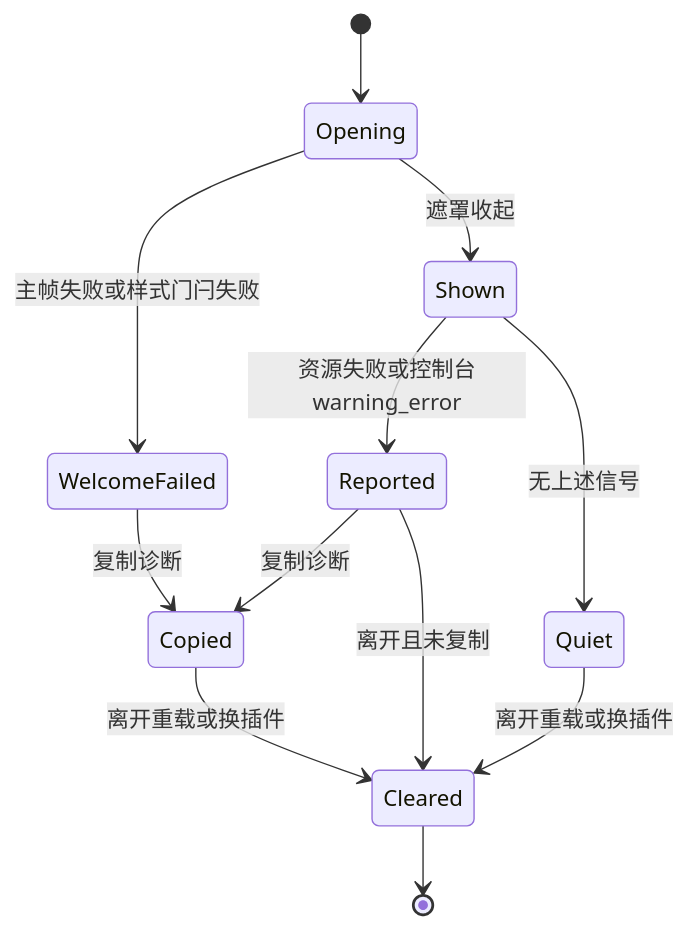
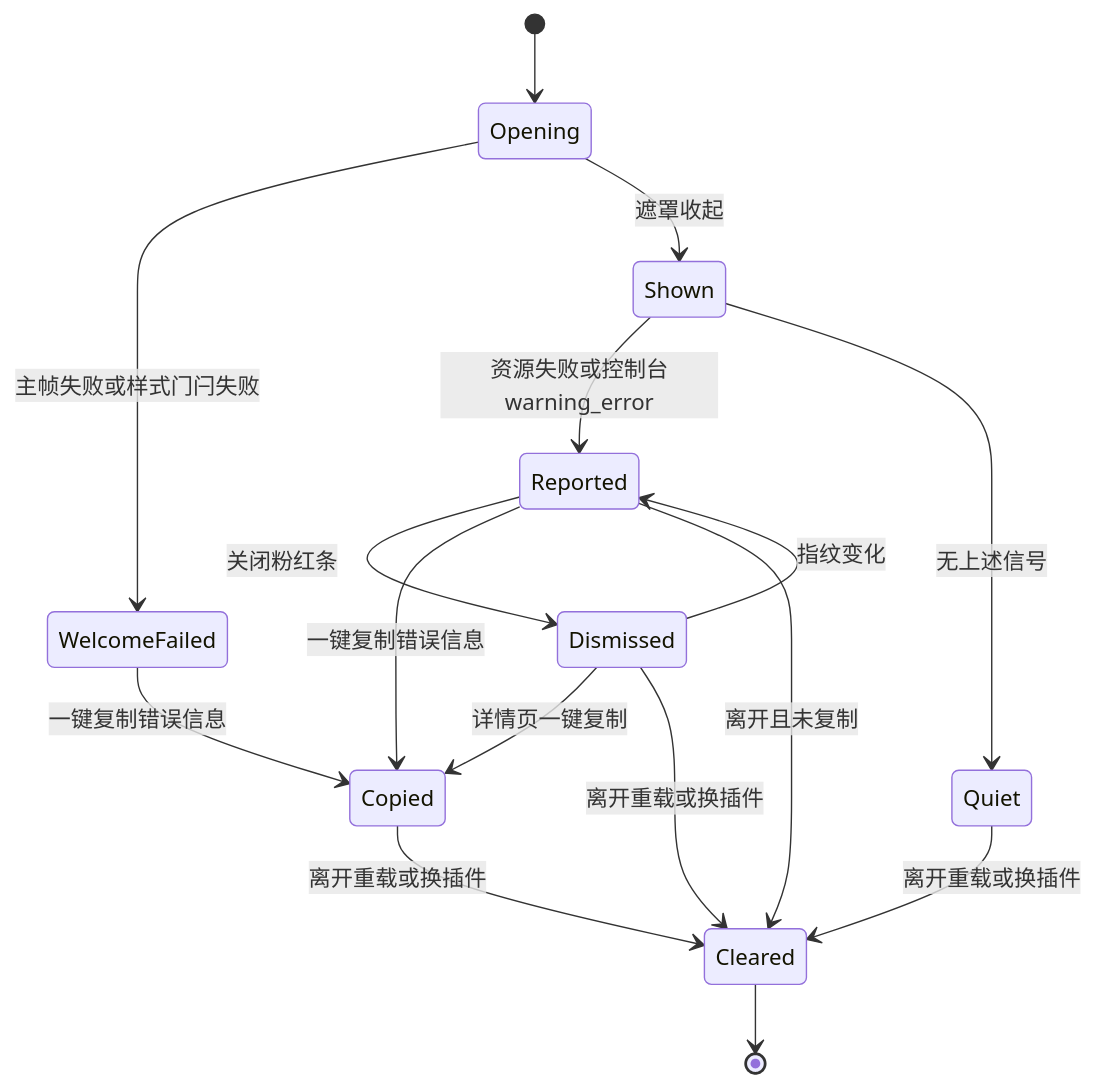
Before and after one commit to 0x00pluto/hy-evo-harness: the second of 2 diagrams in specs/prds/prd-00022-plugin-page-diagnostics.md, drawn with Mermaid. The commit also changed other lines of this file and 18 other files, not shown here.

````diff
--- a/specs/prds/prd-00022-plugin-page-diagnostics.md
+++ b/specs/prds/prd-00022-plugin-page-diagnostics.md
@@ -237,14 +248,18 @@
 ```mermaid
 stateDiagram-v2
   [*] --> Opening
   Opening --> WelcomeFailed: 主帧失败或样式门闩失败
   Opening --> Shown: 遮罩收起
   Shown --> Reported: 资源失败或控制台warning_error
   Shown --> Quiet: 无上述信号
-  Reported --> Copied: 复制诊断
-  WelcomeFailed --> Copied: 复制诊断
+  Reported --> Dismissed: 关闭粉红条
+  Dismissed --> Reported: 指纹变化
+  Reported --> Copied: 一键复制错误信息
+  Dismissed --> Copied: 详情页一键复制
+  WelcomeFailed --> Copied: 一键复制错误信息
   Copied --> Cleared: 离开重载或换插件
   Quiet --> Cleared: 离开重载或换插件
   Reported --> Cleared: 离开且未复制
+  Dismissed --> Cleared: 离开重载或换插件
   Cleared --> [*]
 ```
````
